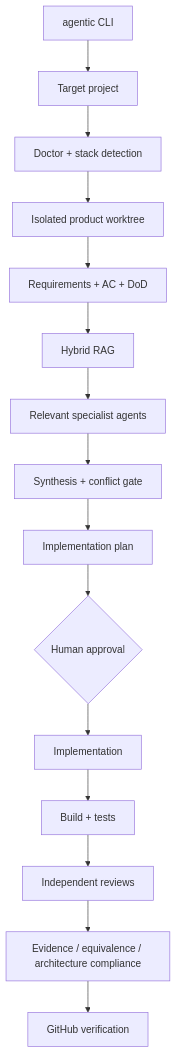
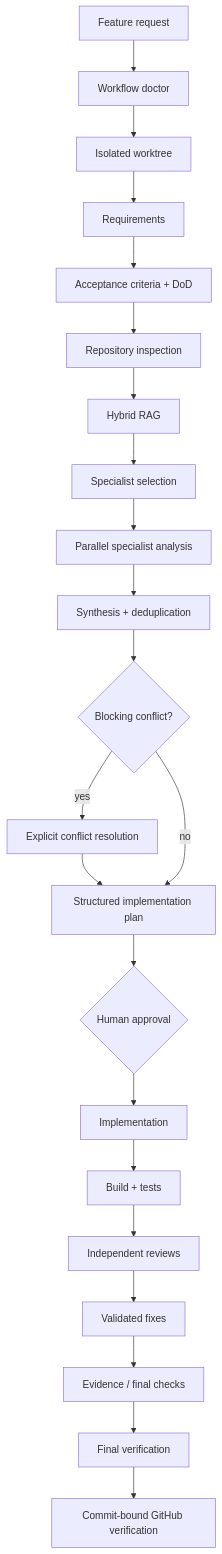
The second of 2 diagrams in README.md (mohamedma872/ai-agent-workflow-kit), drawn with Mermaid before and after one commit. The commit also changed other lines of this file, not shown here.

Commit message:
Reorganize README into complete product guide

````diff
--- a/README.md
+++ b/README.md
@@ -1165,17 +392,24 @@
 ```mermaid
 flowchart TD
-    CLI[agentic CLI] --> P[Target project]
-    P --> D[Doctor + stack detection]
-    D --> W[Isolated product worktree]
-    W --> R[Requirements + AC + DoD]
-    R --> H[Hybrid RAG]
-    H --> S[Relevant specialist agents]
-    S --> Y[Synthesis + conflict gate]
-    Y --> PL[Implementation plan]
-    PL --> A{Human approval}
-    A --> I[Implementation]
-    I --> T[Build + tests]
-    T --> V[Independent reviews]
-    V --> E[Evidence / equivalence / architecture compliance]
-    E --> G[GitHub verification]
+    REQ[Feature request] --> DOC[Workflow doctor]
+    DOC --> WT[Isolated worktree]
+    WT --> R[Requirements]
+    R --> AC[Acceptance criteria + DoD]
+    AC --> INS[Repository inspection]
+    INS --> RAG[Hybrid RAG]
+    RAG --> SEL[Specialist selection]
+    SEL --> ANA[Parallel specialist analysis]
+    ANA --> SYN[Synthesis + deduplication]
+    SYN --> CON{Blocking conflict?}
+    CON -->|yes| RES[Explicit conflict resolution]
+    RES --> PLAN
+    CON -->|no| PLAN[Structured implementation plan]
+    PLAN --> APP{Human approval}
+    APP --> IMP[Implementation]
+    IMP --> BT[Build + tests]
+    BT --> REV[Independent reviews]
+    REV --> FIX[Validated fixes]
+    FIX --> EV[Evidence / final checks]
+    EV --> VER[Final verification]
+    VER --> GH[Commit-bound GitHub verification]
 ```
````
